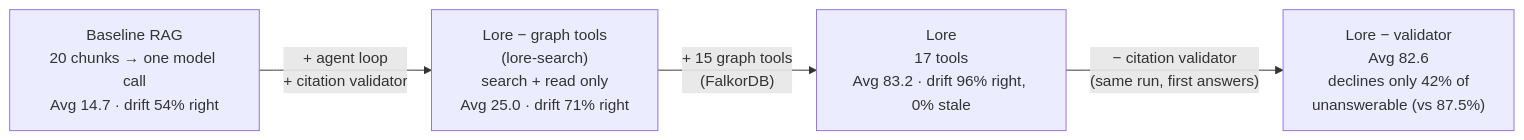
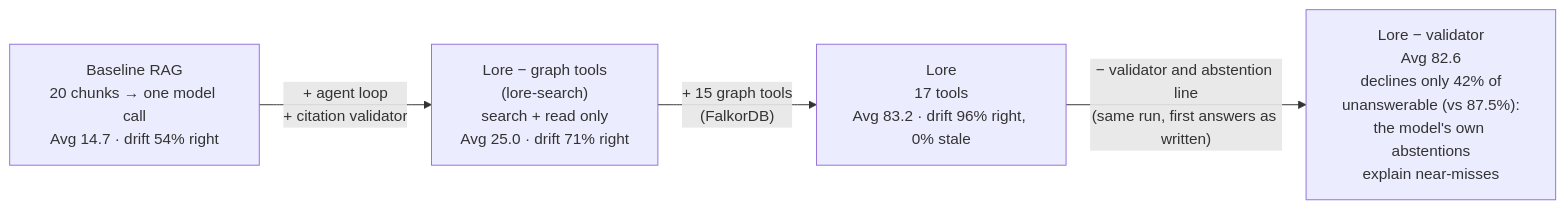
One commit to t-maypat/yaan changed the diagram in docs/diagrams/ablations.mmd. Above: the diagram before and after it, drawn with Mermaid. The commit also changed 4 other files, not shown here.

First line of the commit message:
Phase 9.5: abstention from the data; correct the validator-ablation reading (D076)

```diff
--- a/docs/diagrams/ablations.mmd
+++ b/docs/diagrams/ablations.mmd
@@ -1,5 +1,5 @@
 %% The systems compared on dev (R2, 17 Oct): each step adds or removes one thing, so the difference is that thing's effect.
 flowchart LR
   B["Baseline RAG<br/>20 chunks → one model call<br/>Avg 14.7 · drift 54% right"]:::ext -->|"+ agent loop<br/>+ citation validator"| S["Lore − graph tools<br/>(lore-search)<br/>search + read only<br/>Avg 25.0 · drift 71% right"]:::code
   S -->|"+ 15 graph tools<br/>(FalkorDB)"| L["Lore<br/>17 tools<br/>Avg 83.2 · drift 96% right, 0% stale"]:::store
-  L -->|"− citation validator<br/>(same run, first answers)"| U["Lore − validator<br/>Avg 82.6<br/>declines only 42% of<br/>unanswerable (vs 87.5%)"]:::guard
+  L -->|"− validator and abstention line<br/>(same run, first answers as written)"| U["Lore − validator<br/>Avg 82.6<br/>declines only 42% of<br/>unanswerable (vs 87.5%):<br/>the model's own abstentions<br/>explain near-misses"]:::guard
```
